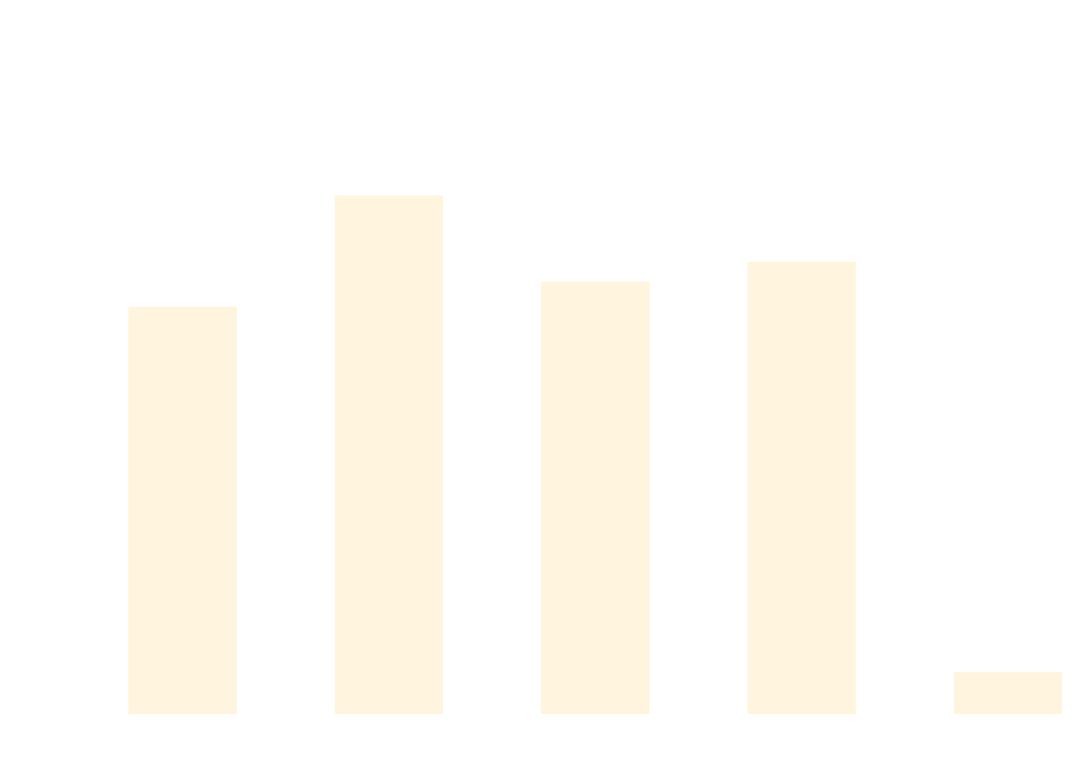
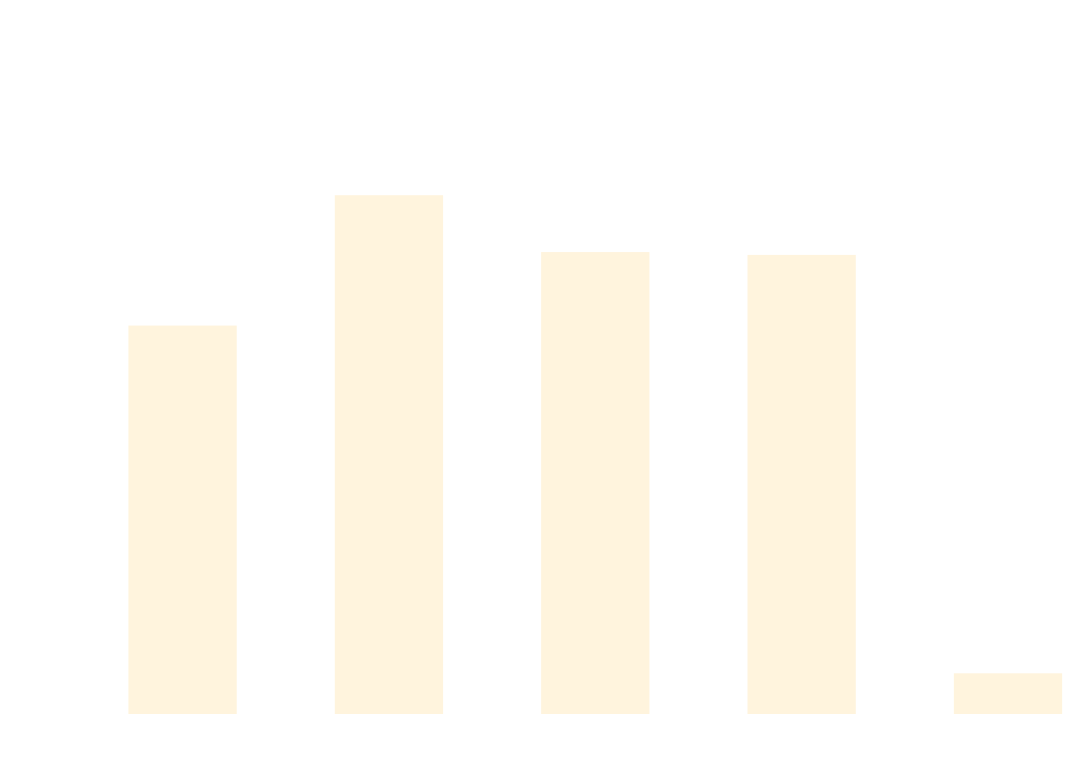
The diagram in docs/docs/benchmarks/ScaleTests.md (thomhurst/TUnit), drawn with Mermaid before and after one commit. The commit also changed other lines of this file and 17 other files, not shown here.

````diff
--- a/docs/docs/benchmarks/ScaleTests.md
+++ b/docs/docs/benchmarks/ScaleTests.md
@@ -27,37 +27,37 @@
 ```mermaid
 %%{init: {
   'theme':'base',
   'themeVariables': {
     'primaryColor': '#2563eb',
     'primaryTextColor': '#ffffff',
     'primaryBorderColor': '#1e40af',
     'lineColor': '#6b7280',
     'secondaryColor': '#7c3aed',
     'tertiaryColor': '#dc2626',
     'background': '#ffffff',
     'mainBkg': '#2563eb',
     'secondBkg': '#7c3aed',
     'tertiaryBkg': '#dc2626',
     'clusterBkg': '#f3f4f6',
     'edgeLabelBackground': '#ffffff',
     'tertiaryTextColor': '#1f2937',
     'pie1': '#2563eb',
     'pie2': '#7c3aed',
     'pie3': '#dc2626',
     'pie4': '#f59e0b',
     'pie5': '#10b981',
     'pie6': '#06b6d4',
     'pie7': '#ec4899',
     'pie8': '#6366f1',
     'pie9': '#84cc16',
     'pie10': '#f97316',
     'pie11': '#14b8a6',
     'pie12': '#a855f7'
   }
 }}%%
 xychart-beta
   title "ScaleTests Performance Comparison"
   x-axis ["TUnit", "NUnit", "MSTest", "xUnit3", "TUnit_AOT"]
-  y-axis "Time (ms)" 0 --> 841
-  bar [546.39, 700.1, 580.88, 608.42, 40.17]
+  y-axis "Time (ms)" 0 --> 835
+  bar [516.39, 695.55, 617.39, 613.51, 38.42]
 ```
````
